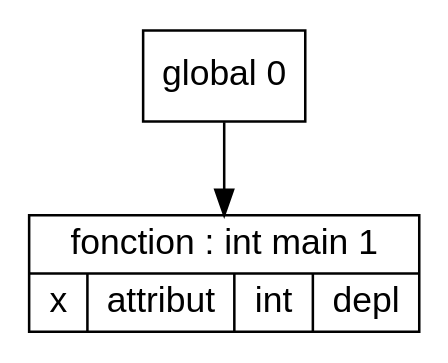
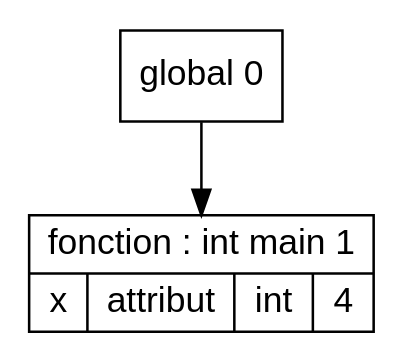
One commit to Hamza-ABDOULHOUSSEN/compil changed the diagram in Code/out/tds/dot/Test_Semantique/test_affectation1.dot. Above: the diagram before and after it, drawn with Graphviz. The commit also changed 46 other files, not shown here.

```diff
--- a/Code/out/tds/dot/Test_Semantique/test_affectation1.dot
+++ b/Code/out/tds/dot/Test_Semantique/test_affectation1.dot
@@ -1,14 +1,14 @@
 digraph "tds"{
 
 	node [fontname="Arial"];
 
 	N1 [shape=record label="{ fonction : int main 1
-	| { x | attribut | int | depl }
+	| { x | attribut | int | 4 }
 	}"];
 
 	N0 [shape=record label="{ global 0
 	}"];
 
 
 	N0 -> N1; 
 }
```
